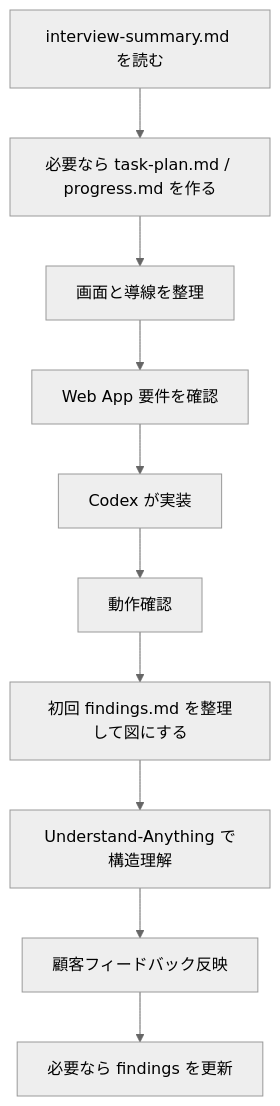
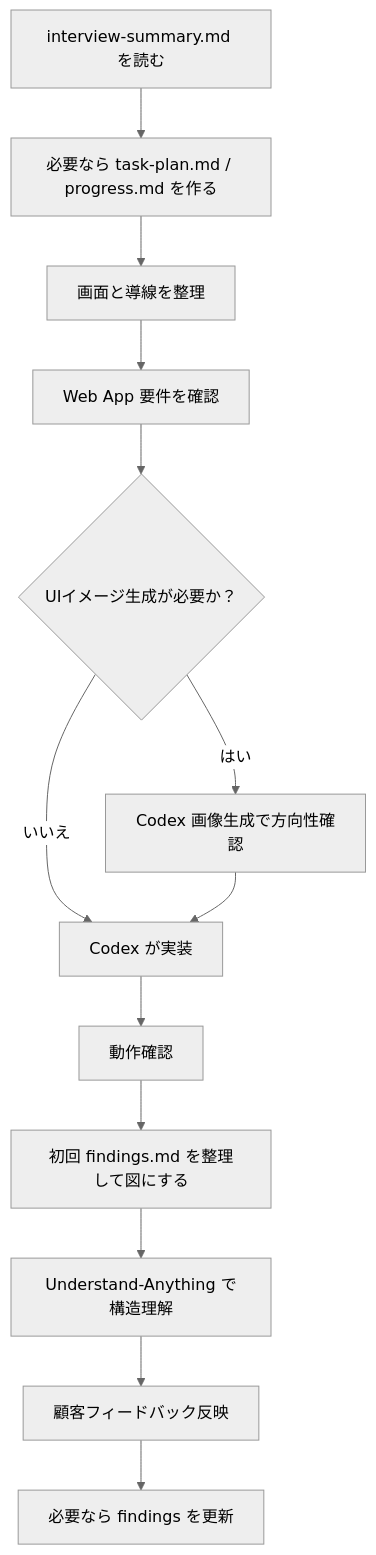
Before and after one commit to ryota-nakazawa/ultra_sprint_harness: the second of 4 diagrams in README.md, drawn with Mermaid (neutral theme). The commit also changed other lines of this file and 4 other files, not shown here.

Commit message:
Update harness prototype flow guidance

````diff
--- a/README.md
+++ b/README.md
@@ -111,12 +113,15 @@
 ```mermaid
 flowchart TD
     A["interview-summary.md を読む"] --> B["必要なら task-plan.md / progress.md を作る"]
     B --> C["画面と導線を整理"]
     C --> D["Web App 要件を確認"]
-    D --> E["Codex が実装"]
-    E --> F["動作確認"]
-    F --> G["初回 findings.md を整理して図にする"]
-    G --> H["Understand-Anything で構造理解"]
-    H --> I["顧客フィードバック反映"]
-    I --> J["必要なら findings を更新"]
+    D --> E{"UIイメージ生成が必要か？"}
+    E -->|はい| F["Codex 画像生成で方向性確認"]
+    E -->|いいえ| G["Codex が実装"]
+    F --> G
+    G --> H["動作確認"]
+    H --> I["初回 findings.md を整理して図にする"]
+    I --> J["Understand-Anything で構造理解"]
+    J --> K["顧客フィードバック反映"]
+    K --> L["必要なら findings を更新"]
 ```
````
